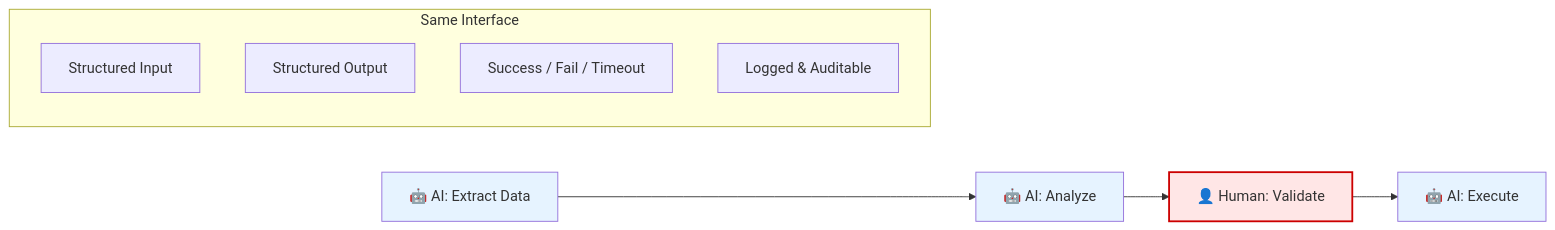
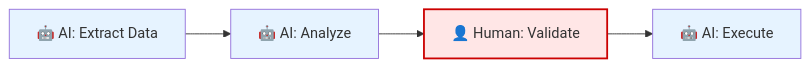
One commit to Bodaty/aictrlnet.github.io changed the second of 3 diagrams in _posts/2026-01-17-missing-piece-humans.md. Above: the diagram before and after it, drawn with Mermaid. The commit also changed other lines of this file and 1 other file, not shown here.

First line of the commit message:
Fix Mermaid syntax errors in diagrams

```diff
--- a/_posts/2026-01-17-missing-piece-humans.md
+++ b/_posts/2026-01-17-missing-piece-humans.md
@@ -126,19 +126,11 @@
 <div class="mermaid">
 graph LR
     Extract[🤖 AI: Extract Data] --> Analyze[🤖 AI: Analyze]
     Analyze --> Validate[👤 Human: Validate]
     Validate --> Execute[🤖 AI: Execute]
 
-    subgraph "Same Interface"
-        direction TB
-        I1[Structured Input]
-        I2[Structured Output]
-        I3[Success / Fail / Timeout]
-        I4[Logged & Auditable]
-    end
-
     style Validate fill:#ffe6e6,stroke:#cc0000,stroke-width:2px
     style Extract fill:#e6f3ff
     style Analyze fill:#e6f3ff
     style Execute fill:#e6f3ff
 </div>
```
